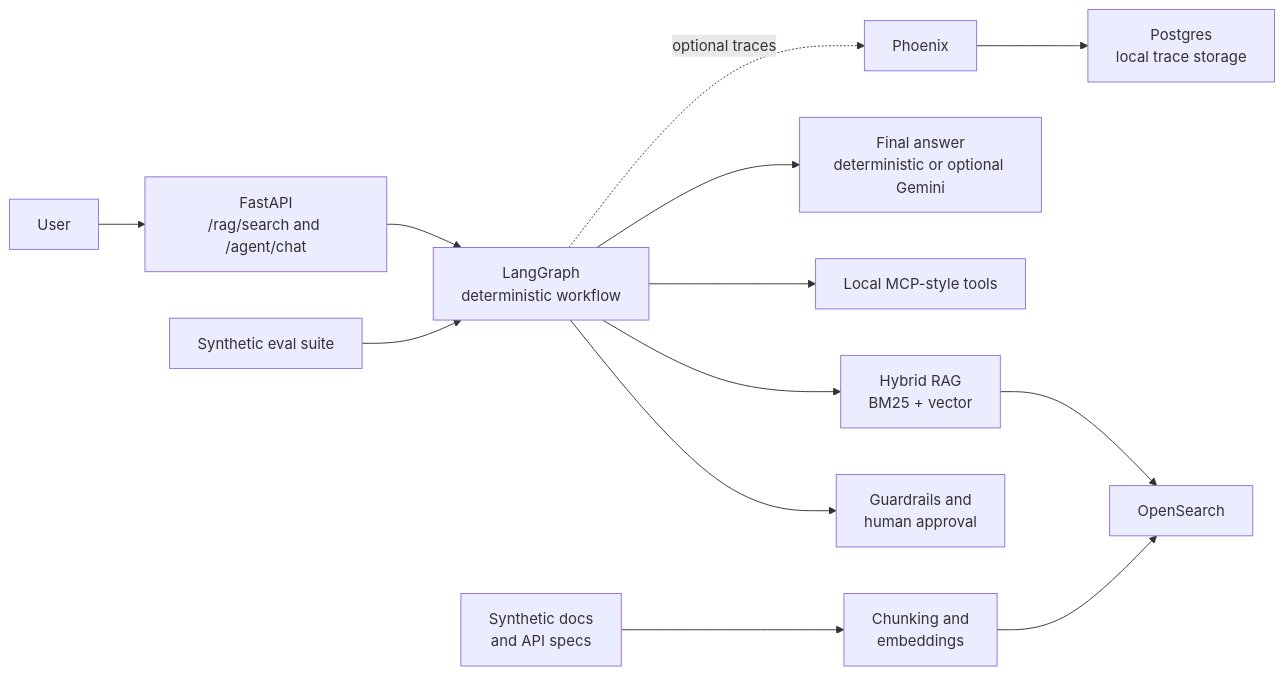
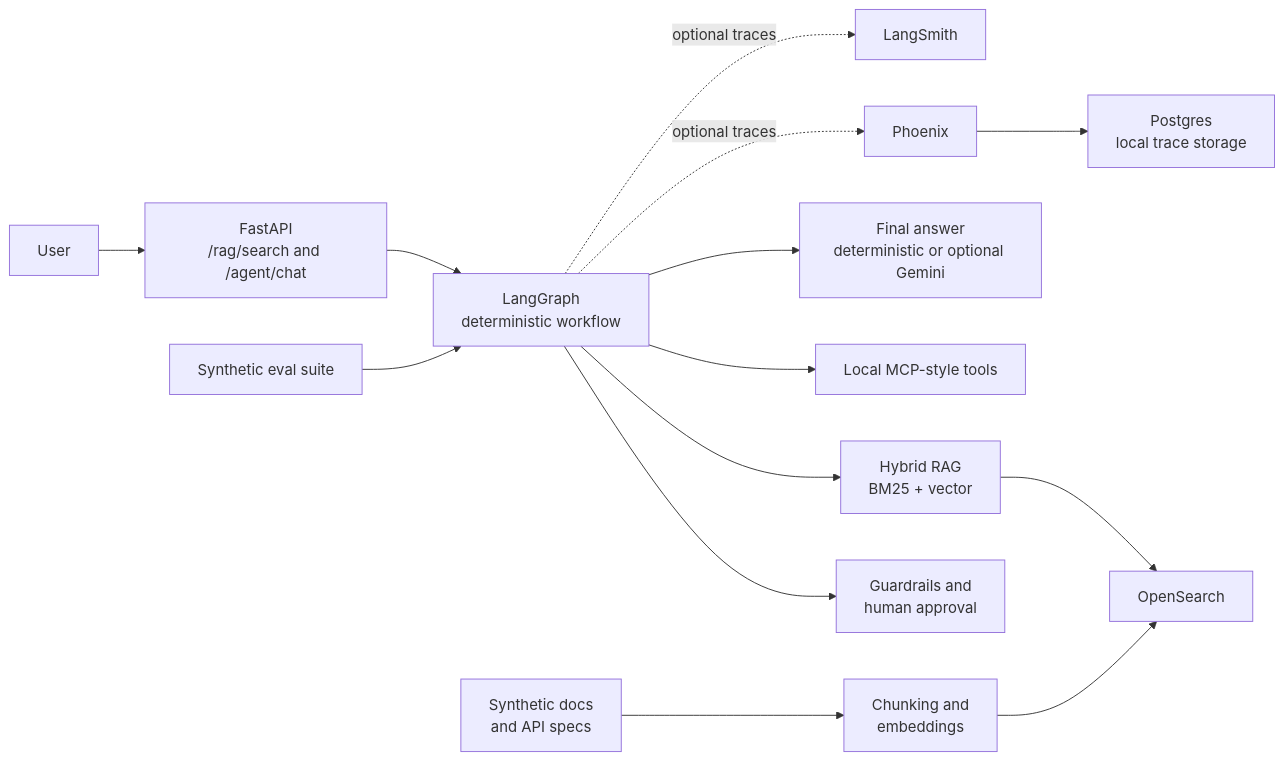
Before and after one commit to tonih23/enterprise-api-intelligence-agent: the diagram in README.md, drawn with Mermaid. The commit also changed other lines of this file and 6 other files, not shown here.

````diff
--- a/README.md
+++ b/README.md
@@ -26,15 +26,16 @@
 ```mermaid
 flowchart LR
     User["User"] --> API["FastAPI<br/>/rag/search and /agent/chat"]
     API --> Graph["LangGraph<br/>deterministic workflow"]
     Graph --> Policy["Guardrails and<br/>human approval"]
     Graph --> RAG["Hybrid RAG<br/>BM25 + vector"]
     Graph --> Tools["Local MCP-style tools"]
     Graph --> Answer["Final answer<br/>deterministic or optional Gemini"]
     Docs["Synthetic docs<br/>and API specs"] --> Ingest["Chunking and<br/>embeddings"]
     Ingest --> Search["OpenSearch"]
     RAG --> Search
     Graph -. "optional traces" .-> Phoenix["Phoenix"]
+    Graph -. "optional traces" .-> LangSmith["LangSmith"]
     Phoenix --> Postgres["Postgres<br/>local trace storage"]
     Evals["Synthetic eval suite"] --> Graph
 ```
````
